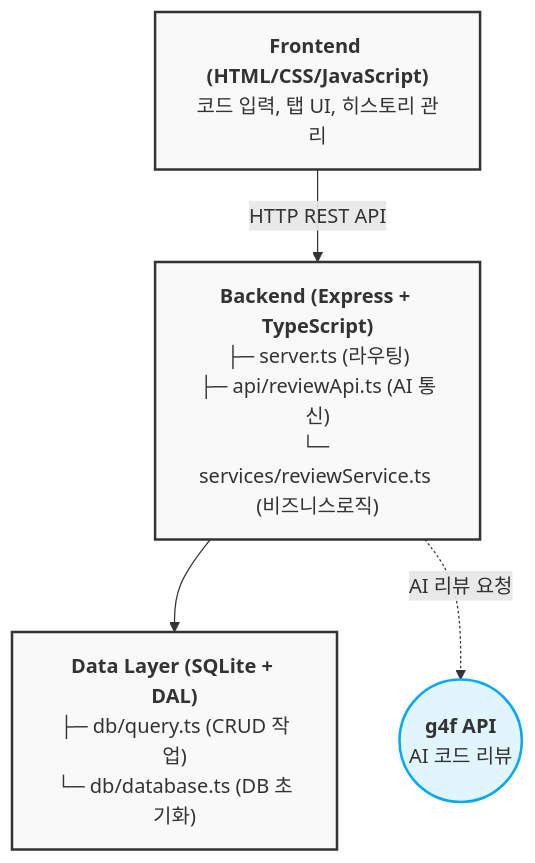
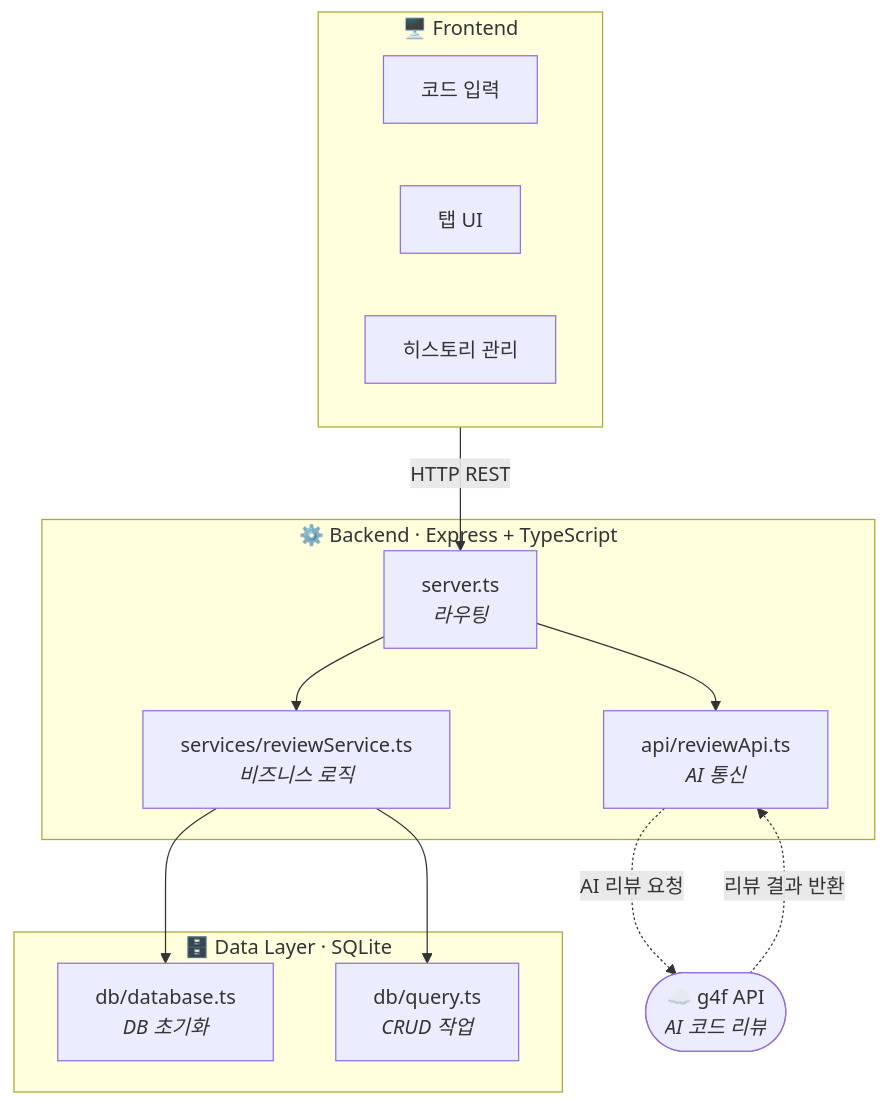
One commit to jun-hY/jun-hy.github.io changed the diagram in _posts/Web/2025-07-22-web-express-js를-활용한-ai-코드리뷰.md. Above: the diagram before and after it, drawn with Mermaid.

Commit message:
Edit: Code_review_app

````diff
--- a/_posts/Web/2025-07-22-web-express-js를-활용한-ai-코드리뷰.md
+++ b/_posts/Web/2025-07-22-web-express-js를-활용한-ai-코드리뷰.md
@@ -24,18 +24,33 @@
 ```mermaid
 flowchart TD
-    F["<b>Frontend (HTML/CSS/JavaScript)</b><br>코드 입력, 탭 UI, 히스토리 관리"]
-    
-    B["<b>Backend (Express + TypeScript)</b><br>├─ server.ts (라우팅)<br>├─ api/reviewApi.ts (AI 통신)<br>└─ services/reviewService.ts (비즈니스로직)"]
-    
-    D["<b>Data Layer (SQLite + DAL)</b><br>├─ db/query.ts (CRUD 작업)<br>└─ db/database.ts (DB 초기화)"]
-    
-    API(("<b>g4f API</b><br>AI 코드 리뷰"))
+    subgraph FE["🖥️ Frontend"]
+        F1["코드 입력"]
+        F2["탭 UI"]
+        F3["히스토리 관리"]
+    end
 
-    F -- "HTTP REST API" --> B
-    B --> D
-    B -. "AI 리뷰 요청" .-> API
+    subgraph BE["⚙️ Backend  ·  Express + TypeScript"]
+        B1["server.ts<br/><i>라우팅</i>"]
+        B2["api/reviewApi.ts<br/><i>AI 통신</i>"]
+        B3["services/reviewService.ts<br/><i>비즈니스 로직</i>"]
+    end
 
-    classDef default fill:#f9f9f9,stroke:#333,stroke-width:2px;
-    classDef api fill:#e1f5fe,stroke:#03a9f4,stroke-width:2px;
-    class API api;
+    subgraph DL["🗄️ Data Layer  ·  SQLite"]
+        D1["db/database.ts<br/><i>DB 초기화</i>"]
+        D2["db/query.ts<br/><i>CRUD 작업</i>"]
+    end
+
+    EXT(["☁️ g4f API<br/><i>AI 코드 리뷰</i>"])
+
+    FE     -- "HTTP REST" -->  B1
+    B1     -->               B3
+    B1     -->               B2
+    B3     -->               D1
+    B3     -->               D2
+    B2     -. "AI 리뷰 요청" .-> EXT
+    EXT    -. "리뷰 결과 반환" .-> B2
+
+    class FE,BE,DL layer
+    class F1,F2,F3,B1,B2,B3,D1,D2 node
+    class EXT ext
 ```
````
